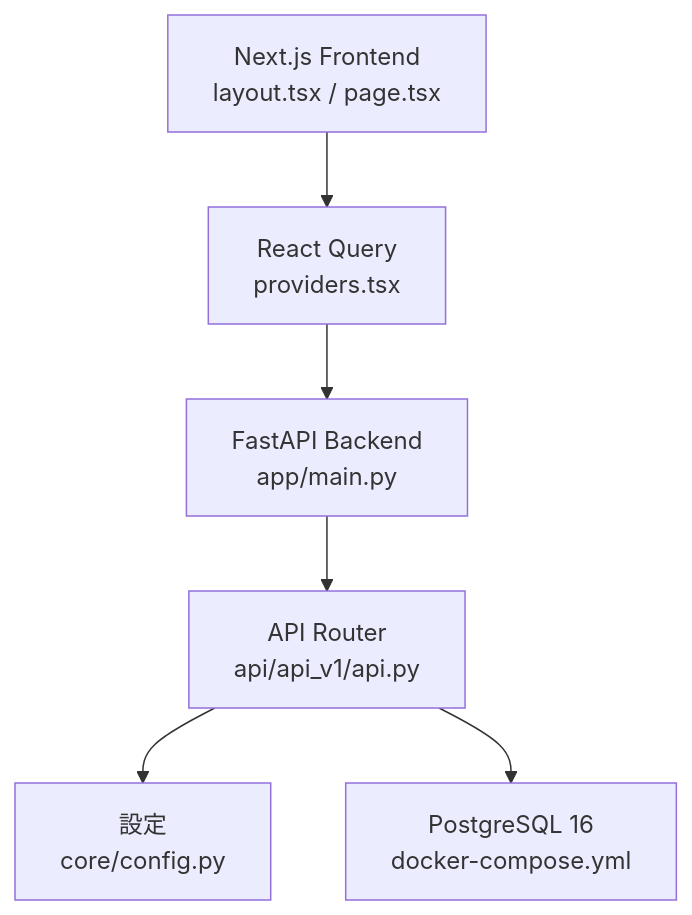
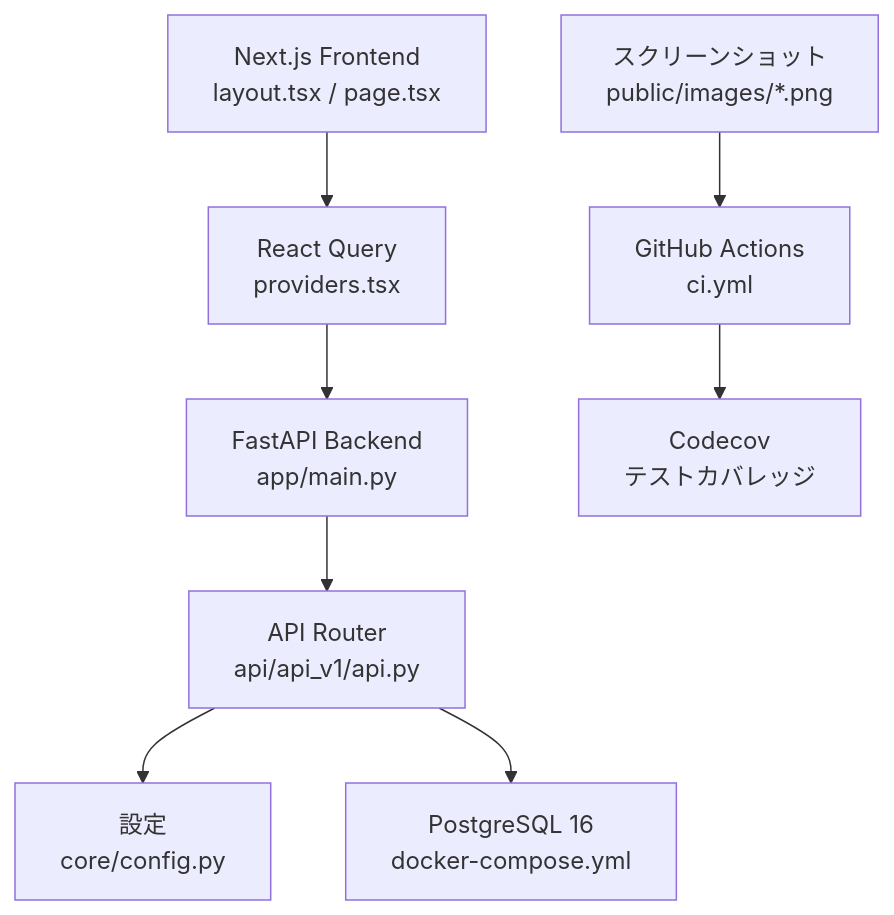
Before and after one commit to ss8806/Todos: the second of 7 diagrams in .qoder/repowiki/ja/content/プロジェクト概要.md, drawn with Mermaid. The commit also changed other lines of this file and 17 other files, not shown here.

````diff
--- a/.qoder/repowiki/ja/content/プロジェクト概要.md
+++ b/.qoder/repowiki/ja/content/プロジェクト概要.md
@@ -139,14 +166,19 @@
 ```mermaid
 graph TB
 UI["Next.js Frontend<br/>layout.tsx / page.tsx"]
 QUERY["React Query<br/>providers.tsx"]
 API["FastAPI Backend<br/>app/main.py"]
 ROUTER["API Router<br/>api/api_v1/api.py"]
 DB["PostgreSQL 16<br/>docker-compose.yml"]
 CONF["設定<br/>core/config.py"]
+GHA["GitHub Actions<br/>ci.yml"]
+CODECOV["Codecov<br/>テストカバレッジ"]
+SCREENSHOT["スクリーンショット<br/>public/images/*.png"]
 UI --> QUERY
 QUERY --> API
 API --> ROUTER
 ROUTER --> CONF
 ROUTER --> DB
+GHA --> CODECOV
+SCREENSHOT --> GHA
 ```
````
